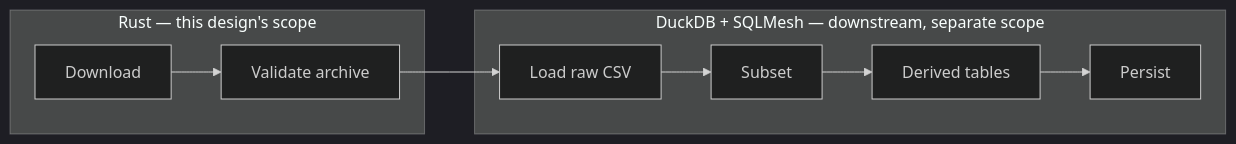
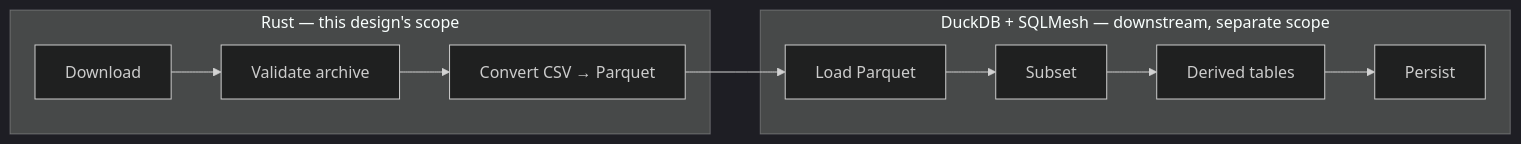
The second of 2 diagrams in docs/design/gtfs-static-auto-downloader.md (Shreyas-Agarwal/transit-intelligence), drawn with Mermaid (dark theme) before and after one commit. The commit also changed other lines of this file and 30 other files, not shown here.

````diff
--- a/docs/design/gtfs-static-auto-downloader.md
+++ b/docs/design/gtfs-static-auto-downloader.md
@@ -98,10 +100,10 @@
 ```mermaid
 flowchart LR
     subgraph rust["Rust — this design's scope"]
-        R1[Download] --> R2[Validate archive]
+        R1[Download] --> R2[Validate archive] --> R3[Convert CSV → Parquet]
     end
     subgraph analytics["DuckDB + SQLMesh — downstream, separate scope"]
-        D1[Load raw CSV] --> D2[Subset] --> D3[Derived tables] --> D4[Persist]
+        D1[Load Parquet] --> D2[Subset] --> D3[Derived tables] --> D4[Persist]
     end
-    R2 --> D1
+    R3 --> D1
 ```
````
